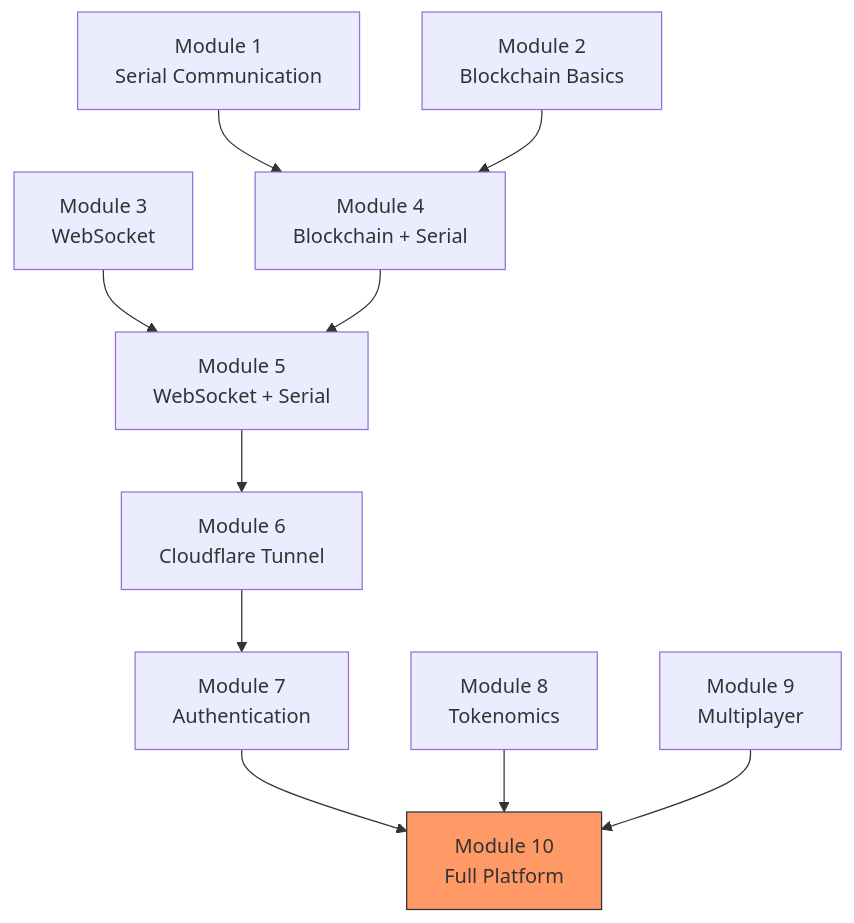
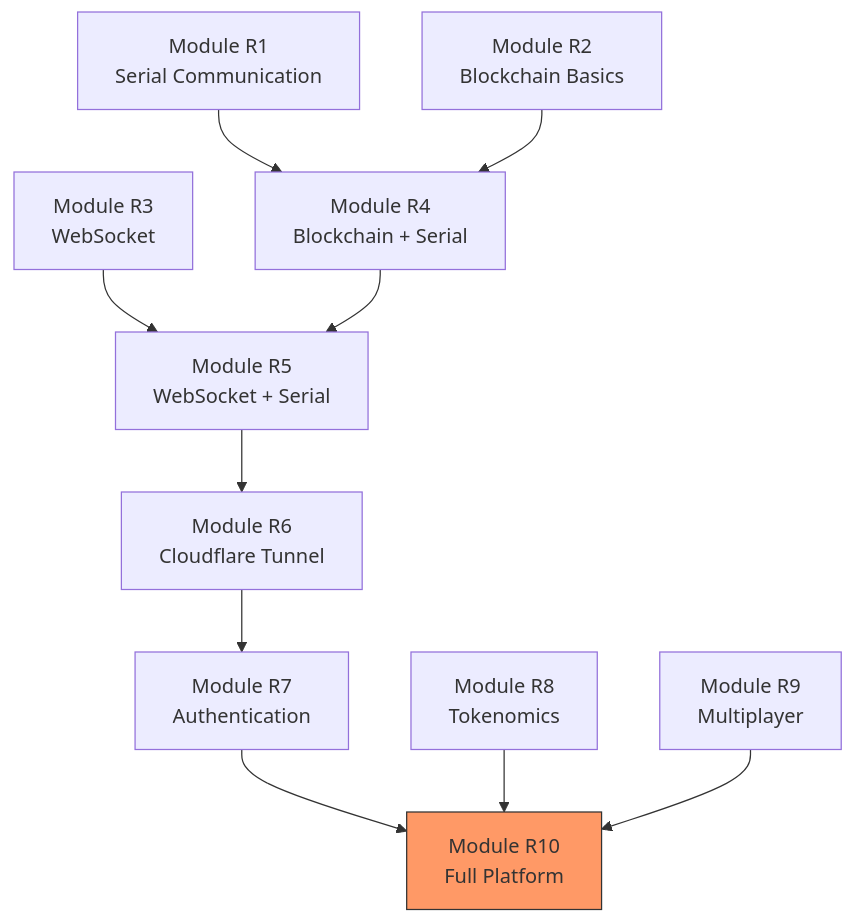
The seventh of 7 diagrams in R10/README.md (MystenLabs/sui-move-bootcamp), drawn with Mermaid before and after one commit. The commit also changed other lines of this file, not shown here.

Commit message:
Update README.md to reflect module naming convention changes from Modules 1-9 to Modules R1-R9 for consistency across the Robot Rental Platform documentation.

````diff
--- a/R10/README.md
+++ b/R10/README.md
@@ -463,15 +463,15 @@
 ```mermaid
 graph TD
-    M1[Module 1<br/>Serial Communication] --> M4
-    M2[Module 2<br/>Blockchain Basics] --> M4
-    M3[Module 3<br/>WebSocket] --> M5
-    M4[Module 4<br/>Blockchain + Serial] --> M5
-    M5[Module 5<br/>WebSocket + Serial] --> M6
-    M6[Module 6<br/>Cloudflare Tunnel] --> M7
-    M7[Module 7<br/>Authentication] --> M10
-    M8[Module 8<br/>Tokenomics] --> M10
-    M9[Module 9<br/>Multiplayer] --> M10
-    M10[Module 10<br/>Full Platform]
+    M1[Module R1<br/>Serial Communication] --> M4
+    M2[Module R2<br/>Blockchain Basics] --> M4
+    M3[Module R3<br/>WebSocket] --> M5
+    M4[Module R4<br/>Blockchain + Serial] --> M5
+    M5[Module R5<br/>WebSocket + Serial] --> M6
+    M6[Module R6<br/>Cloudflare Tunnel] --> M7
+    M7[Module R7<br/>Authentication] --> M10
+    M8[Module R8<br/>Tokenomics] --> M10
+    M9[Module R9<br/>Multiplayer] --> M10
+    M10[Module R10<br/>Full Platform]
 
     style M10 fill:#f96,stroke:#333
 ```
````
